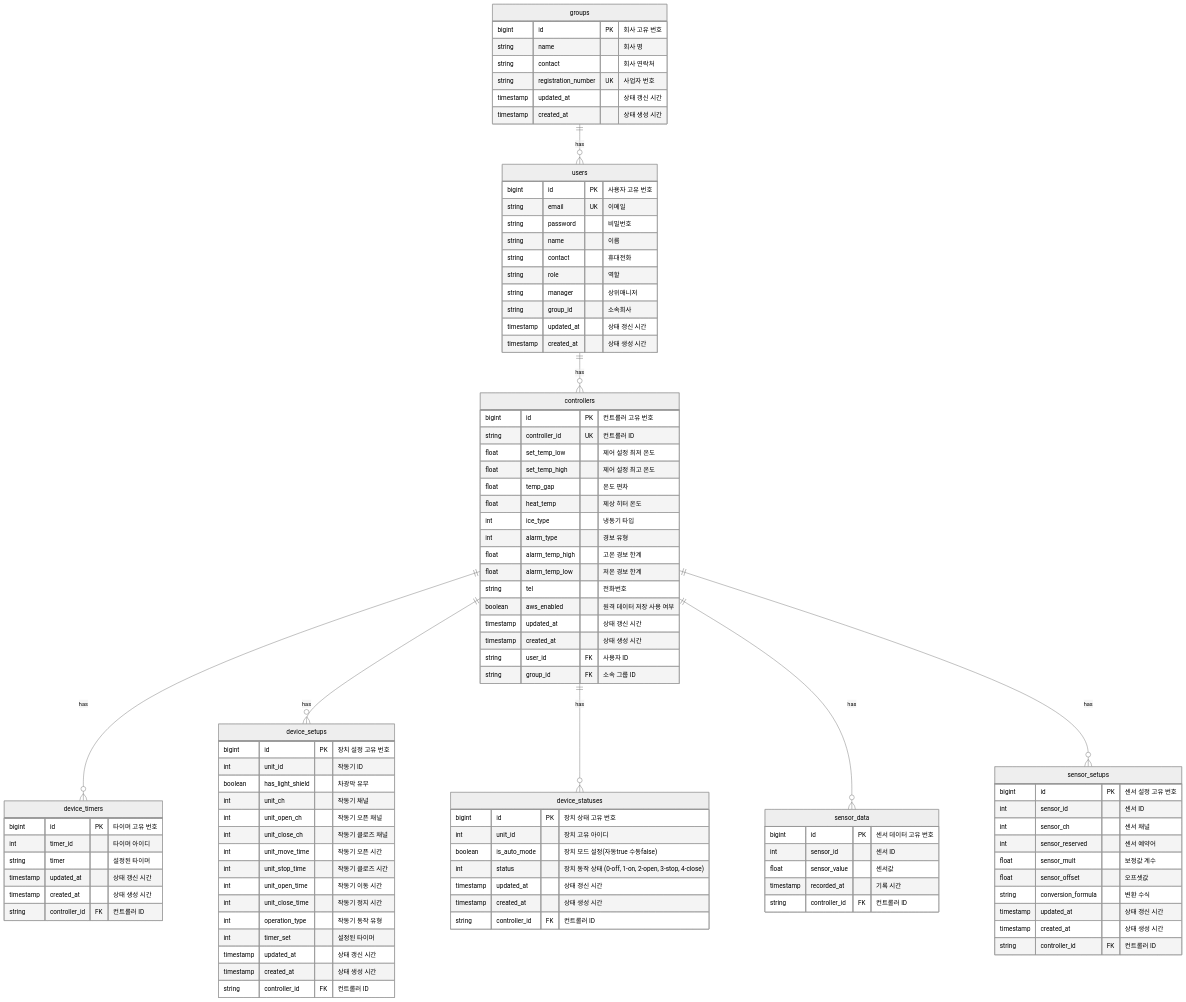
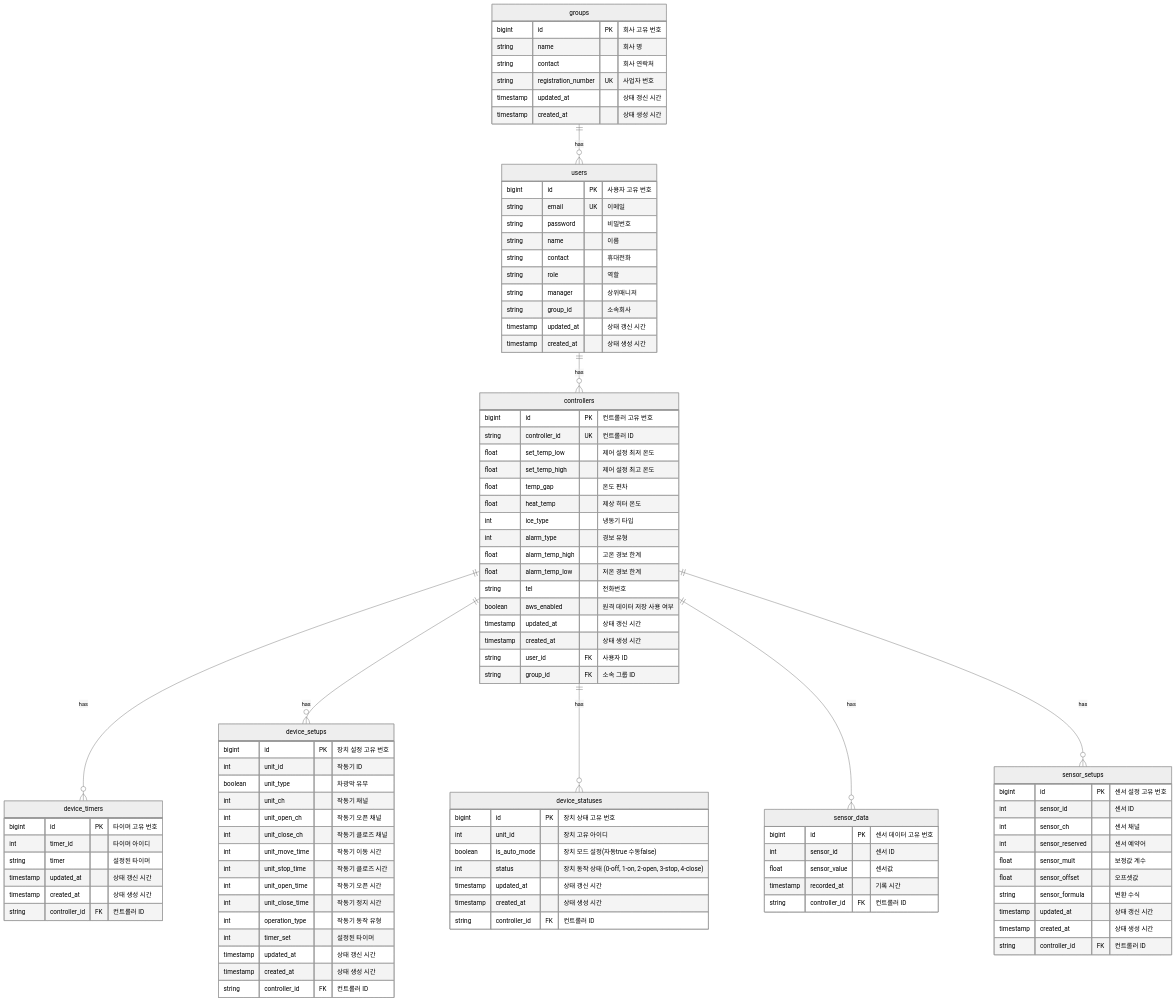
The diagram in src/main/docs/database_design.md (na03266/smart_farm_back), drawn with Mermaid (neutral theme) before and after one commit. The commit also changed 15 other files, not shown here.

```diff
--- a/src/main/docs/database_design.md
+++ b/src/main/docs/database_design.md
@@ -63,13 +63,13 @@
     device_setups {
         bigint id PK "장치 설정 고유 번호"
         int unit_id "작동기 ID"
-        boolean has_light_shield "차광막 유무"
+        boolean unit_type "차광막 유무"
         int unit_ch "작동기 채널"
         int unit_open_ch "작동기 오픈 채널"
         int unit_close_ch "작동기 클로즈 채널"
-        int unit_move_time "작동기 오픈 시간"
+        int unit_move_time "작동기 이동 시간"
         int unit_stop_time "작동기 클로즈 시간"
-        int unit_open_time "작동기 이동 시간"
+        int unit_open_time "작동기 오픈 시간"
         int unit_close_time "작동기 정지 시간"
         int operation_type "작동기 동작 유형"
         int timer_set "설정된 타이머"
@@ -85,7 +85,7 @@
         int sensor_reserved "센서 예약어"
         float sensor_mult "보정값 계수"
         float sensor_offset "오프셋값"
-        string conversion_formula "변환 수식"
+        string sensor_formula "변환 수식"
         timestamp updated_at "상태 갱신 시간"
         timestamp created_at "상태 생성 시간"
         string controller_id FK "컨트롤러 ID"
```
